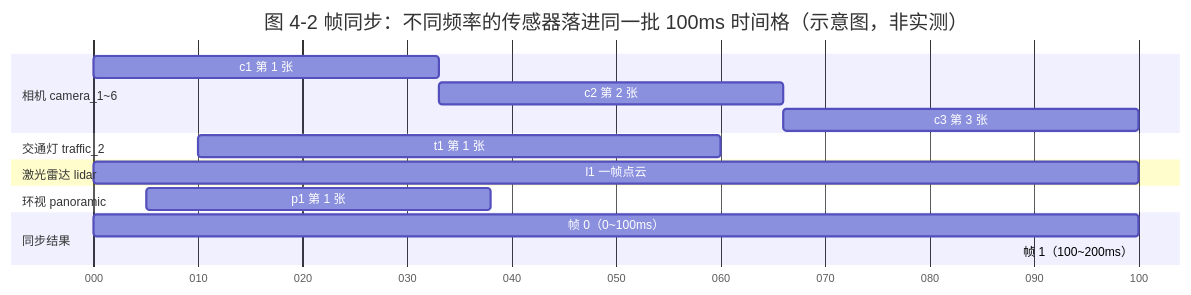
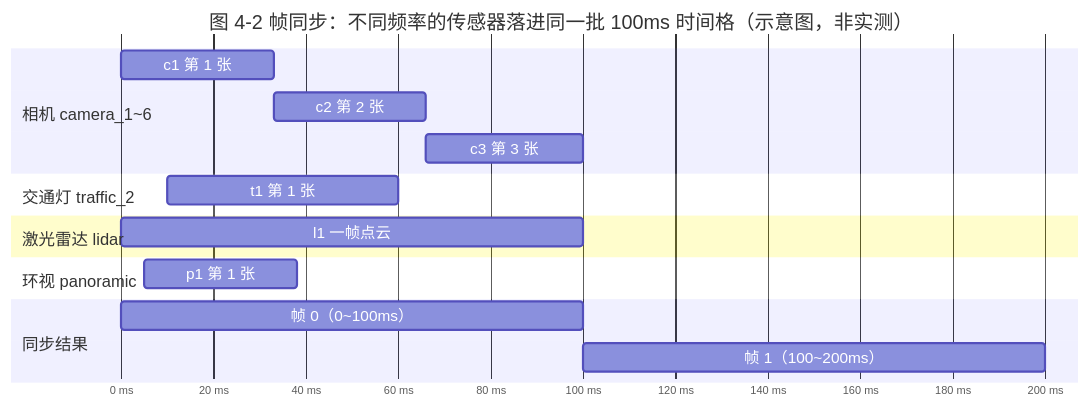
The second of 2 diagrams in docs/document/撰修司/E2E架构拆解/04 前处理：传感器数据到模型输入.md (Franch-Toast/Scriptorium), drawn with Mermaid before and after one commit. The commit also changed other lines of this file and 6 other files, not shown here.

````diff
--- a/docs/document/撰修司/E2E架构拆解/04 前处理：传感器数据到模型输入.md
+++ b/docs/document/撰修司/E2E架构拆解/04 前处理：传感器数据到模型输入.md
@@ -78,19 +78,20 @@
 ```mermaid
+%%{init: {"gantt": {"barHeight": 26, "barGap": 12, "fontSize": 14, "sectionFontSize": 15, "leftPadding": 100, "rightPadding": 60, "topPadding": 45, "useMaxWidth": false, "useWidth": 1000, "tickInterval": "20millisecond"}}}%%
 gantt
     title 图 4-2 帧同步：不同频率的传感器落进同一批 100ms 时间格（示意图，非实测）
     dateFormat x
-    axisFormat %L
+    axisFormat %-L ms
     section 相机 camera_1~6
-    c1 第 1 张           :a1, 0, 33
-    c2 第 2 张           :a2, 33, 66
-    c3 第 3 张           :a3, 66, 100
+    c1 第 1 张           :a1, 0, 33ms
+    c2 第 2 张           :a2, 33, 33ms
+    c3 第 3 张           :a3, 66, 34ms
     section 交通灯 traffic_2
-    t1 第 1 张           :b1, 10, 60
+    t1 第 1 张           :b1, 10, 50ms
     section 激光雷达 lidar
-    l1 一帧点云          :c1x, 0, 100
+    l1 一帧点云          :c1x, 0, 100ms
     section 环视 panoramic
-    p1 第 1 张           :d1, 5, 38
+    p1 第 1 张           :d1, 5, 33ms
     section 同步结果
-    帧 0（0~100ms）      :e1, 0, 100
-    帧 1（100~200ms）    :e2, 100, 100
+    帧 0（0~100ms）      :e1, 0, 100ms
+    帧 1（100~200ms）    :e2, 100, 100ms
 ```
````
